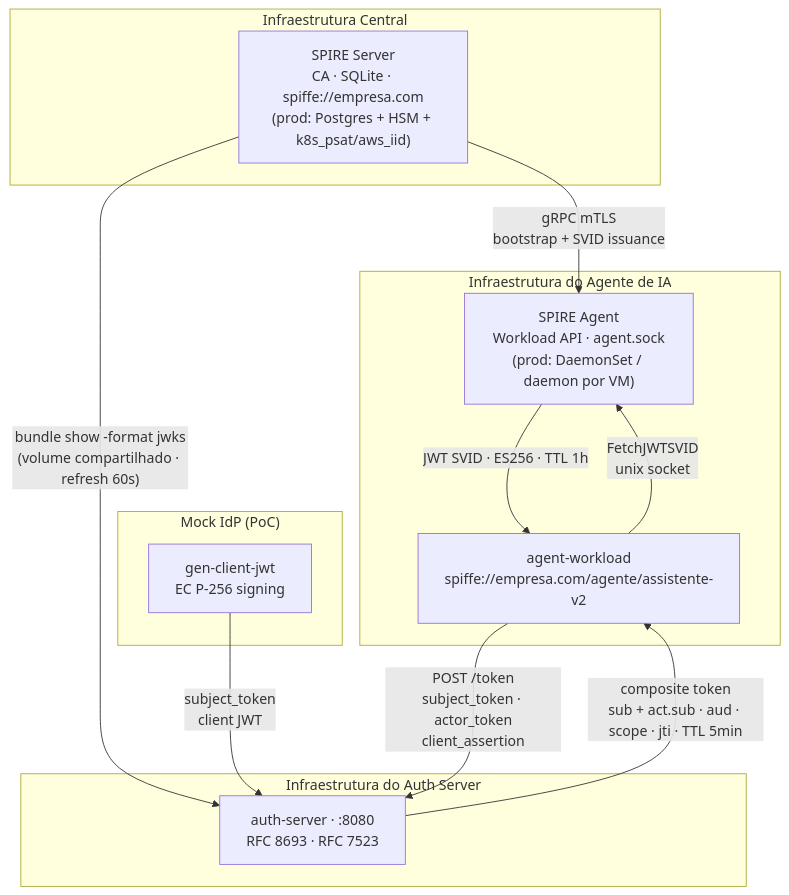
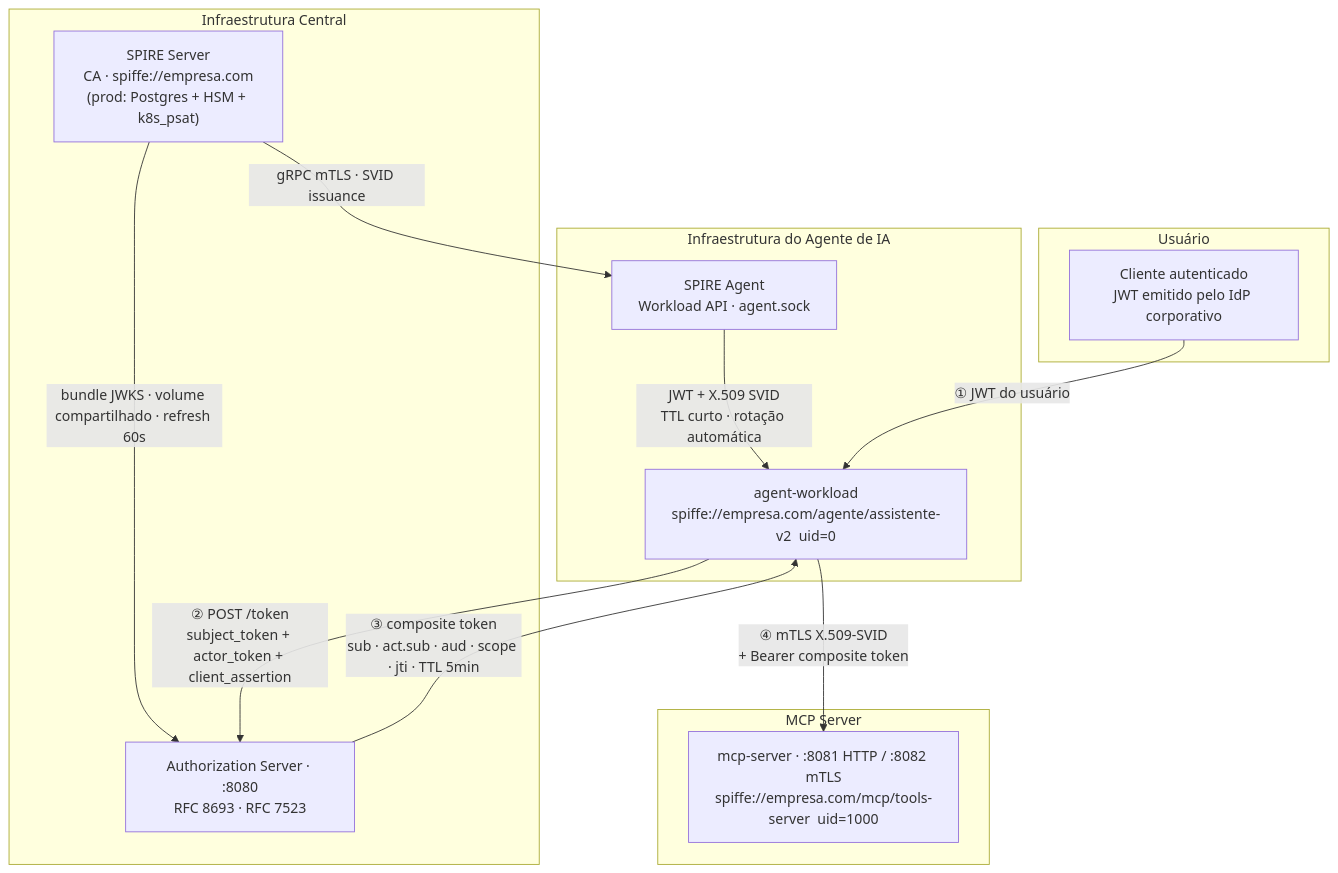
Before and after one commit to vinifuzetti/ai_identity: the diagram in README.md, drawn with Mermaid. The commit also changed other lines of this file and 1 other file, not shown here.

First line of the commit message:
docs: reescreve README e ARCHITECTURE com documentação completa do sistema

````diff
--- a/README.md
+++ b/README.md
@@ -9,28 +22,29 @@
 ```mermaid
 flowchart TD
+    subgraph user["Usuário"]
+        U["Cliente autenticado\nJWT emitido pelo IdP corporativo"]
+    end
+
     subgraph central["Infraestrutura Central"]
-        SS["SPIRE Server\nCA · SQLite · spiffe://empresa.com\n(prod: Postgres + HSM + k8s_psat/aws_iid)"]
+        SS["SPIRE Server\nCA · spiffe://empresa.com\n(prod: Postgres + HSM + k8s_psat)"]
+        AS["Authorization Server · :8080\nRFC 8693 · RFC 7523"]
     end
 
     subgraph agentInfra["Infraestrutura do Agente de IA"]
-        SA["SPIRE Agent\nWorkload API · agent.sock\n(prod: DaemonSet / daemon por VM)"]
-        AW["agent-workload\nspiffe://empresa.com/agente/assistente-v2"]
-        SA -->|"JWT SVID · ES256 · TTL 1h"| AW
+        SA["SPIRE Agent\nWorkload API · agent.sock"]
+        AW["agent-workload\nspiffe://empresa.com/agente/assistente-v2  uid=0"]
+        SA -->|"JWT + X.509 SVID\nTTL curto · rotação automática"| AW
     end
 
-    subgraph authInfra["Infraestrutura do Auth Server"]
-        AS["auth-server · :8080\nRFC 8693 · RFC 7523"]
+    subgraph mcpInfra["MCP Server"]
+        MCP["mcp-server · :8081 HTTP / :8082 mTLS\nspiffe://empresa.com/mcp/tools-server  uid=1000"]
     end
 
-    subgraph idp["Mock IdP (PoC)"]
-        GJ["gen-client-jwt\nEC P-256 signing"]
-    end
+    SS -->|"gRPC mTLS · SVID issuance"| SA
+    SS -->|"bundle JWKS · volume compartilhado · refresh 60s"| AS
 
-    SS -->|"gRPC mTLS\nbootstrap + SVID issuance"| SA
-    SS -->|"bundle show -format jwks\n(volume compartilhado · refresh 60s)"| AS
-
-    GJ -->|"subject_token\nclient JWT"| AS
-    AW -->|"FetchJWTSVID\nunix socket"| SA
-    AW -->|"POST /token\nsubject_token · actor_token\nclient_assertion"| AS
-    AS -->|"composite token\nsub + act.sub · aud · scope · jti · TTL 5min"| AW
+    U -->|"① JWT do usuário"| AW
+    AW -->|"② POST /token\nsubject_token + actor_token + client_assertion"| AS
+    AS -->|"③ composite token\nsub · act.sub · aud · scope · jti · TTL 5min"| AW
+    AW -->|"④ mTLS X.509-SVID\n+ Bearer composite token"| MCP
 ```
````
